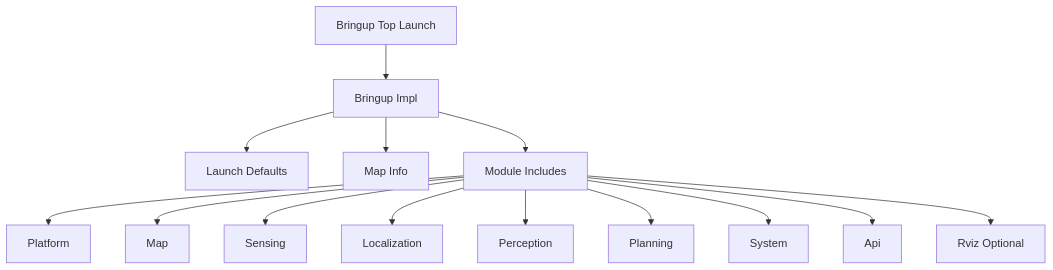
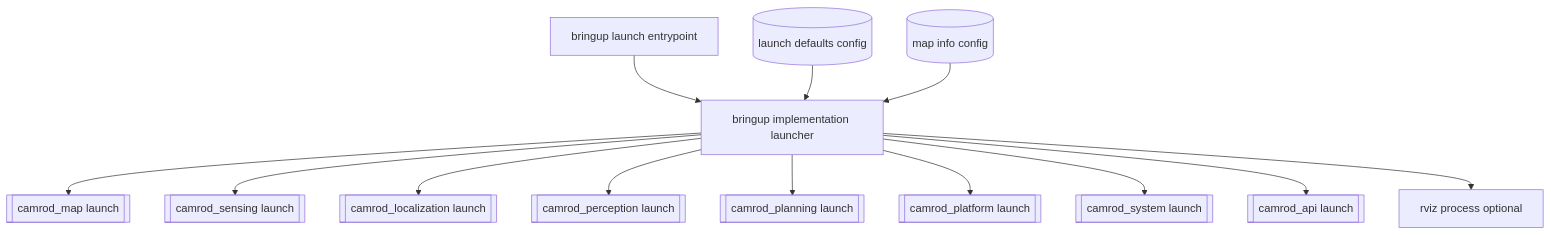
One commit to hwanhonglee/CAMROD changed the first of 2 diagrams in camrod_bringup/README.md. Above: the diagram before and after it, drawn with Mermaid. The commit also changed other lines of this file and 13 other files, not shown here.

Commit message:
docs(readme): clarify diagram semantics and avg_msgs interface-only role

````diff
--- a/camrod_bringup/README.md
+++ b/camrod_bringup/README.md
@@ -7,16 +7,16 @@
 ```mermaid
 graph TD
-  TOP[Bringup Top Launch] --> IMPL[Bringup Impl]
-  IMPL --> DEF[Launch Defaults]
-  IMPL --> MAPINFO[Map Info]
-  IMPL --> MOD[Module Includes]
-  MOD --> PLAT[Platform]
-  MOD --> MAP[Map]
-  MOD --> SEN[Sensing]
-  MOD --> LOC[Localization]
-  MOD --> PER[Perception]
-  MOD --> PLN[Planning]
-  MOD --> SYS[System]
-  MOD --> API[Api]
-  MOD --> RVIZ[Rviz Optional]
+  TOP[bringup launch entrypoint] --> IMPL[bringup implementation launcher]
+  DEF[(launch defaults config)] --> IMPL
+  MAPINFO[(map info config)] --> IMPL
+
+  IMPL --> MAP[[camrod_map launch]]
+  IMPL --> SEN[[camrod_sensing launch]]
+  IMPL --> LOC[[camrod_localization launch]]
+  IMPL --> PER[[camrod_perception launch]]
+  IMPL --> PLN[[camrod_planning launch]]
+  IMPL --> PLAT[[camrod_platform launch]]
+  IMPL --> SYS[[camrod_system launch]]
+  IMPL --> API[[camrod_api launch]]
+  IMPL --> RVIZ[rviz process optional]
 ```
````
